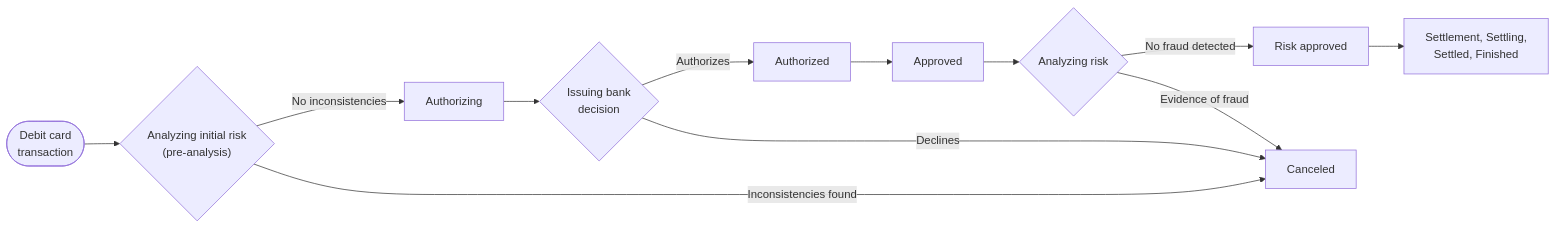
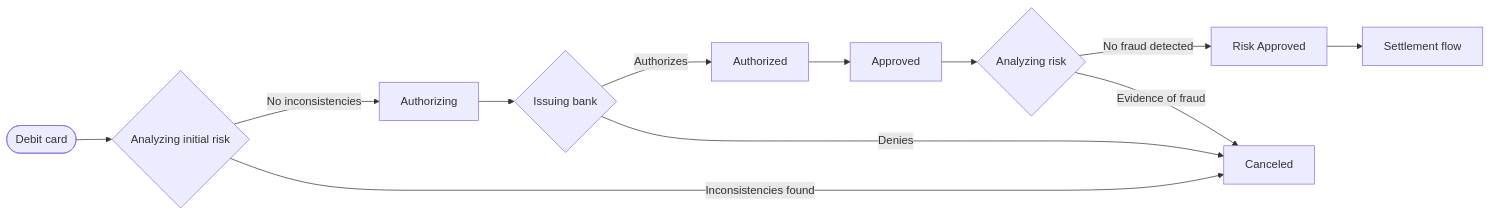
The diagram in docs/guides/Payments/payments-configuration-guides/implementing-a-pre-analysis-antifraud-flow-for-debit-card-transactions.md (vtexdocs/dev-portal-content), drawn with Mermaid before and after one commit.

Commit message:
Update antifraud flow diagram for debit card transactions

````diff
--- a/docs/guides/Payments/payments-configuration-guides/implementing-a-pre-analysis-antifraud-flow-for-debit-card-transactions.md
+++ b/docs/guides/Payments/payments-configuration-guides/implementing-a-pre-analysis-antifraud-flow-for-debit-card-transactions.md
@@ -16,15 +16,15 @@
 ```mermaid
 flowchart LR
-    START(["Debit card<br/>transaction"]) --> PRE{"Analyzing initial risk<br/>(pre-analysis)"}
+    START(["Debit card"]) --> PRE{"Analyzing initial risk"}
     PRE -->|"No inconsistencies"| AUTHORIZING["Authorizing"]
-    AUTHORIZING --> BANK{"Issuing bank<br/>decision"}
+    AUTHORIZING --> BANK{"Issuing bank"}
     BANK -->|"Authorizes"| AUTHORIZED["Authorized"]
     AUTHORIZED --> APPROVED["Approved"]
     APPROVED --> RISK{"Analyzing risk"}
-    RISK -->|"No fraud detected"| RISKAPPROVED["Risk approved"]
-    RISKAPPROVED --> SETTLE["Settlement, Settling,<br/>Settled, Finished"]
+    RISK -->|"No fraud detected"| RISKAPPROVED["Risk Approved"]
+    RISKAPPROVED --> SETTLE["Settlement flow"]
 
     PRE -->|"Inconsistencies found"| CANCELED["Canceled"]
-    BANK -->|"Declines"| CANCELED
+    BANK -->|"Denies"| CANCELED
     RISK -->|"Evidence of fraud"| CANCELED
 ```
````
